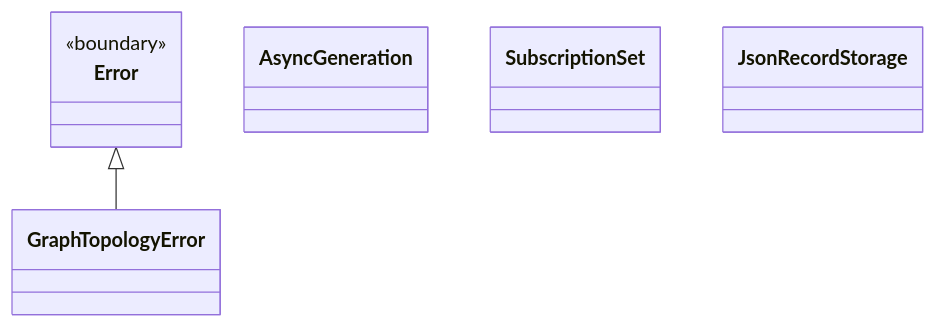
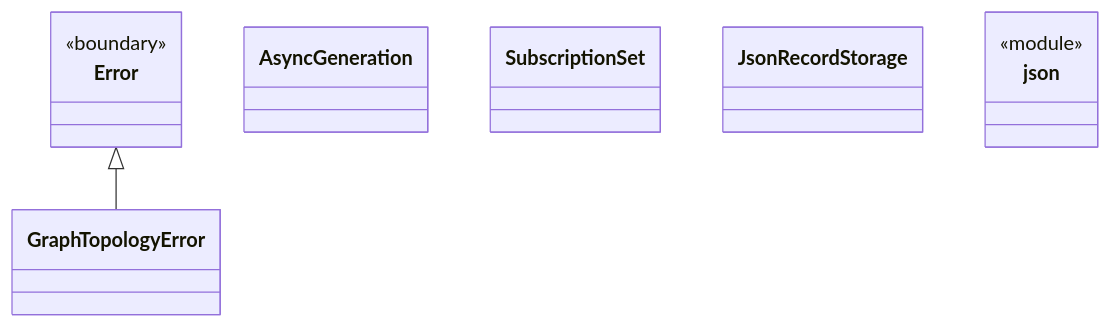
Before and after one commit to nan023062/cbim: the diagram in src/view/foundations/utility/ARCHITECTURE.md, drawn with Mermaid. The commit also changed other lines of this file and 136 other files, not shown here.

````diff
--- a/src/view/foundations/utility/ARCHITECTURE.md
+++ b/src/view/foundations/utility/ARCHITECTURE.md
@@ -22,15 +25,19 @@
 ```mermaid
 classDiagram
 class N_b7b436f4eeb9["Error"] {
   <<boundary>>
 }
 class N_d201ab0ad253["GraphTopologyError"]
 click N_d201ab0ad253 href "graphs.ts"
 class N_1c38527df49d["AsyncGeneration"]
 click N_1c38527df49d href "async.ts"
 class N_9072a9fb7c02["SubscriptionSet"]
 click N_9072a9fb7c02 href "events.ts"
 class N_019edb786e70["JsonRecordStorage"]
 click N_019edb786e70 href "storage.ts"
+class N_5a21da555737["json"] {
+  <<module>>
+}
+click N_5a21da555737 href "json.ts"
 N_b7b436f4eeb9 <|-- N_d201ab0ad253
 ```
````
